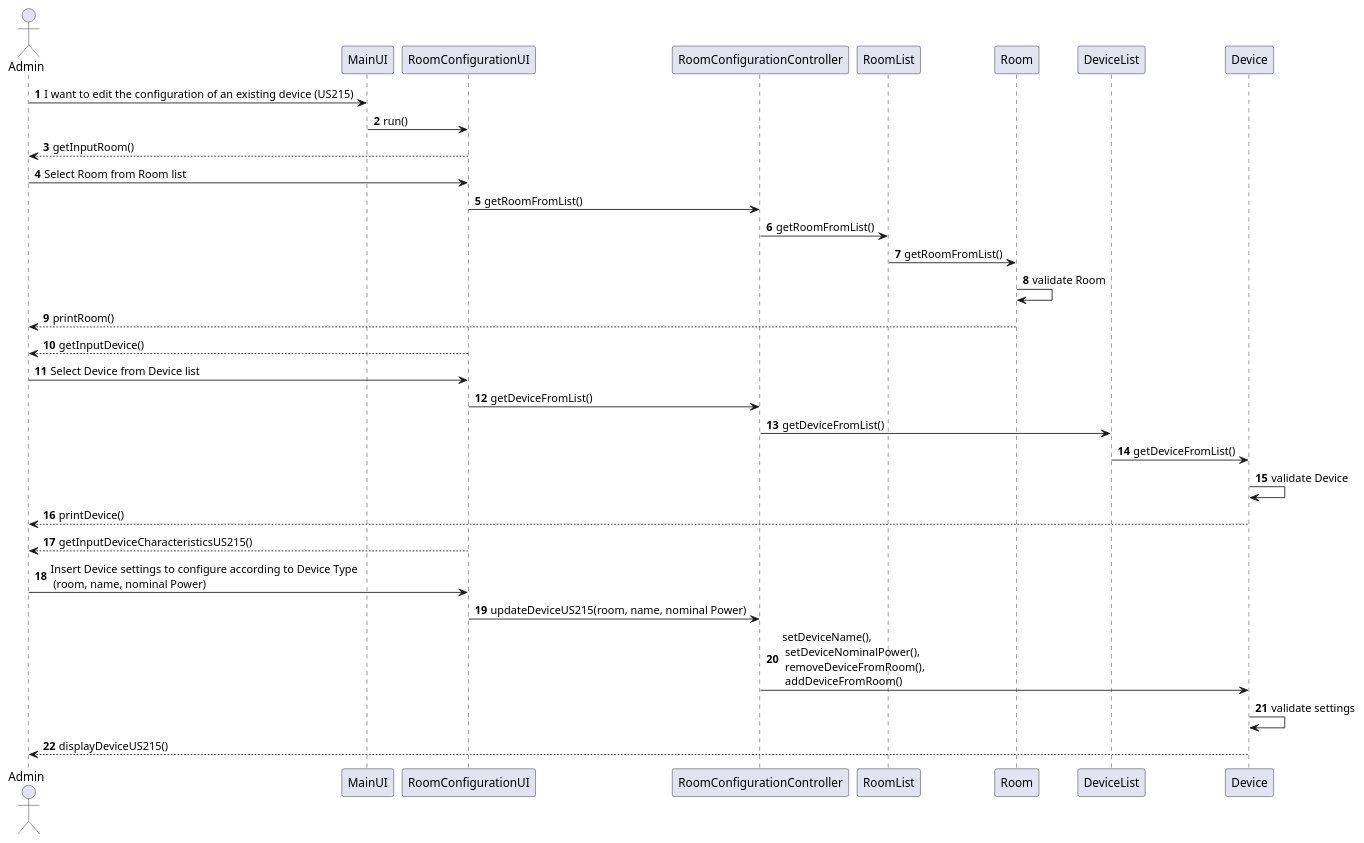
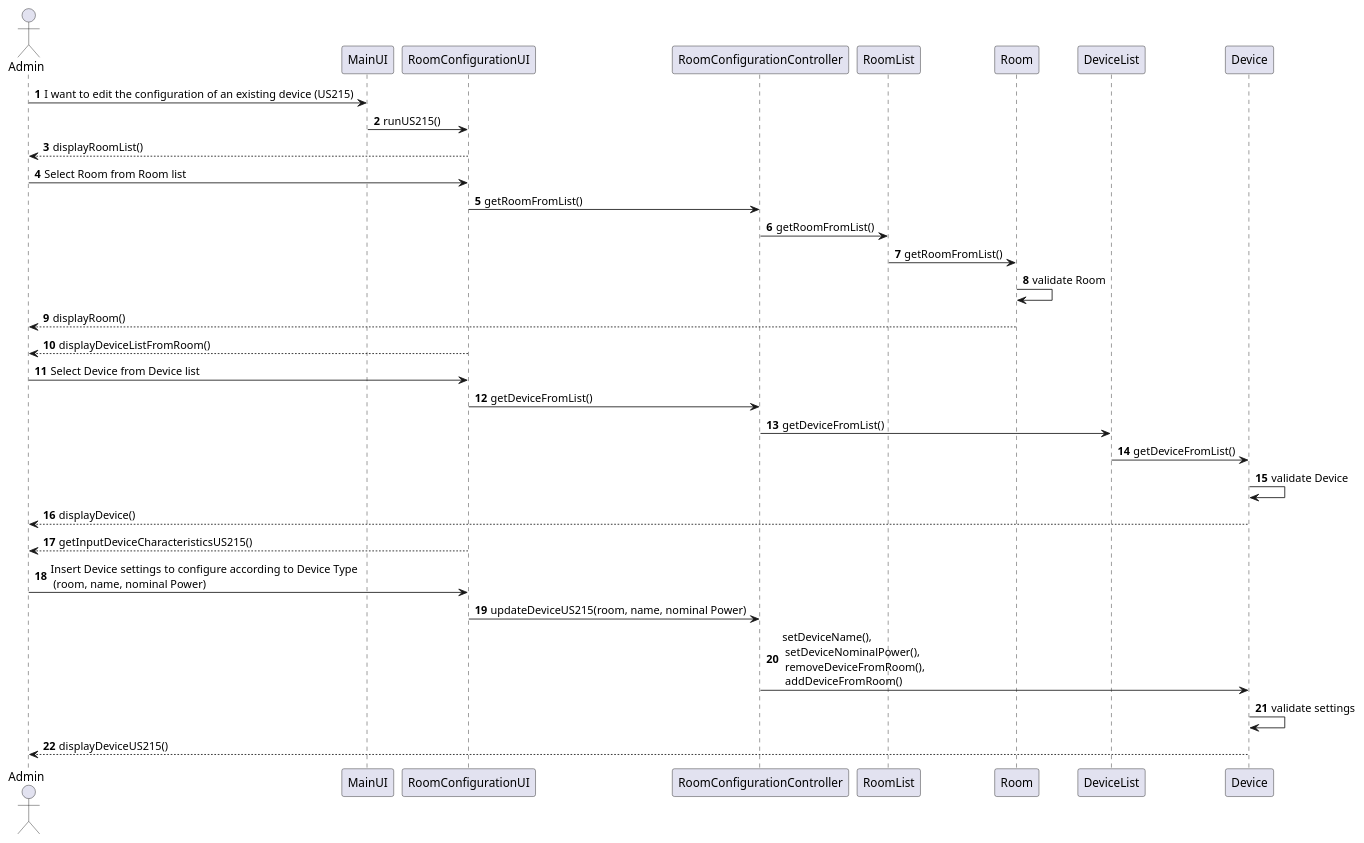
Before and after one commit to Almadanmp/project: the diagram in uml/US215.puml, drawn with PlantUML. The commit also changed 9 other files, not shown here.

Commit message:
#62 - added getInputDeviceList()

```diff
--- a/uml/US215.puml
+++ b/uml/US215.puml
@@ -1,26 +1,26 @@
 @startuml
 autonumber
 actor Admin
 Admin -> MainUI: I want to edit the configuration of an existing device (US215)
-MainUI -> RoomConfigurationUI: run()
-RoomConfigurationUI --> Admin: getInputRoom()
+MainUI -> RoomConfigurationUI: runUS215()
+RoomConfigurationUI --> Admin: displayRoomList()
 Admin -> RoomConfigurationUI: Select Room from Room list
 RoomConfigurationUI -> RoomConfigurationController: getRoomFromList()
 RoomConfigurationController -> RoomList: getRoomFromList()
 RoomList->Room: getRoomFromList()
 Room -> Room: validate Room
-Room --> Admin: printRoom()
-RoomConfigurationUI --> Admin:getInputDevice()
+Room --> Admin: displayRoom()
+RoomConfigurationUI --> Admin:displayDeviceListFromRoom()
 Admin -> RoomConfigurationUI: Select Device from Device list
 RoomConfigurationUI -> RoomConfigurationController: getDeviceFromList()
 RoomConfigurationController -> DeviceList:  getDeviceFromList()
 DeviceList->Device: getDeviceFromList()
 Device -> Device: validate Device
-Device --> Admin: printDevice()
+Device --> Admin: displayDevice()
 RoomConfigurationUI --> Admin: getInputDeviceCharacteristicsUS215()
 Admin-> RoomConfigurationUI: Insert Device settings to configure according to Device Type\n (room, name, nominal Power)
 RoomConfigurationUI -> RoomConfigurationController: updateDeviceUS215(room, name, nominal Power)
 RoomConfigurationController -> Device: setDeviceName(),\n setDeviceNominalPower(),\n removeDeviceFromRoom(),\n addDeviceFromRoom()
 Device -> Device: validate settings
 Device--> Admin: displayDeviceUS215()
 @enduml
```
